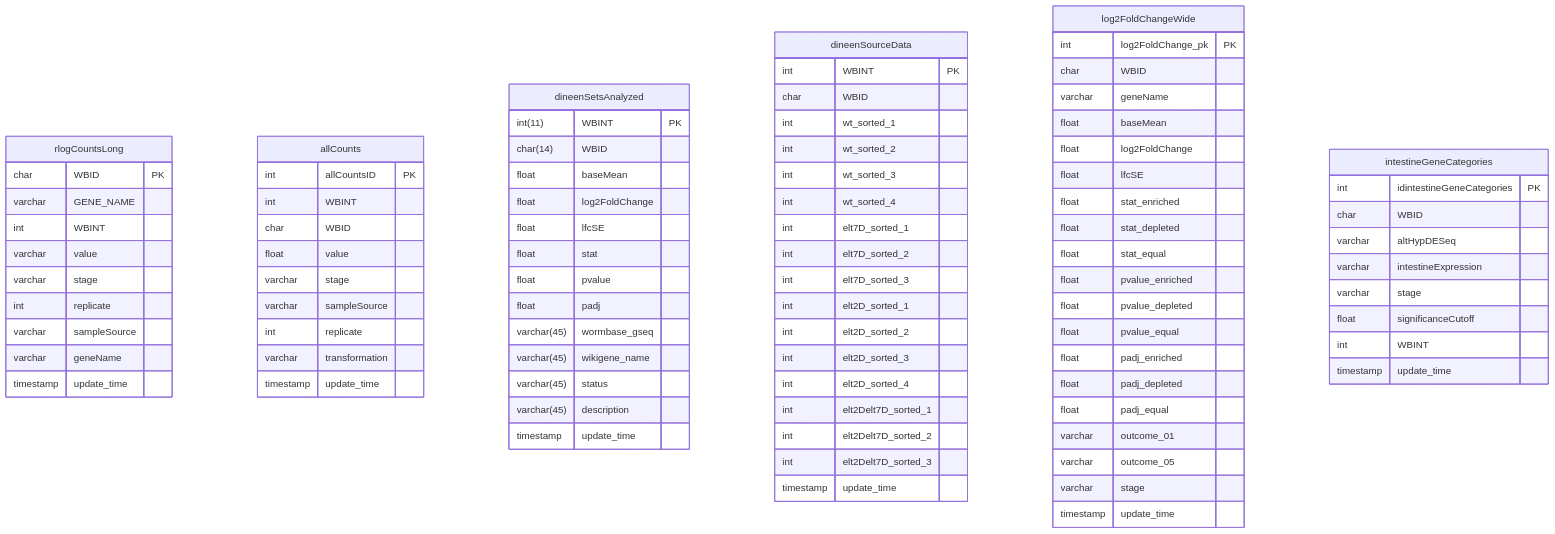
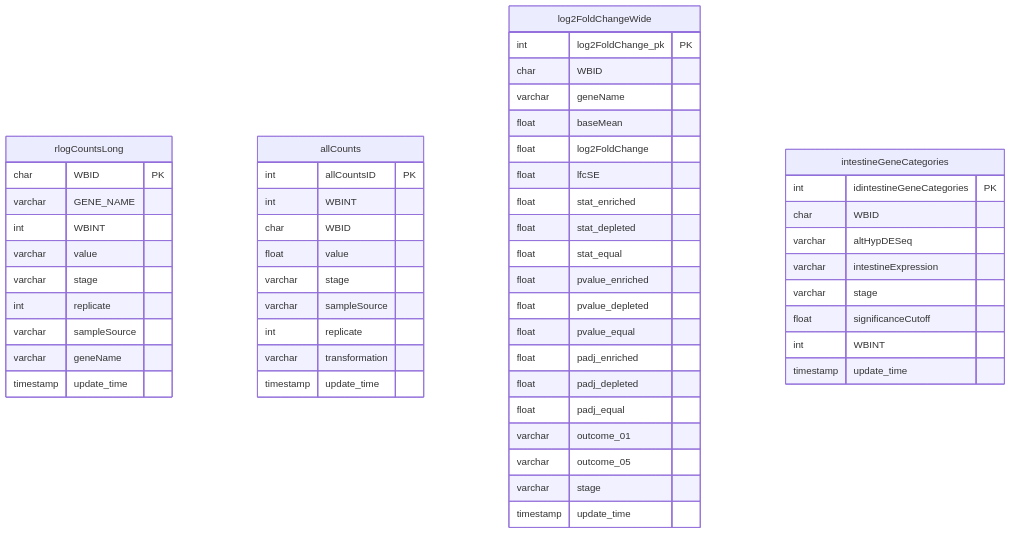
Before and after one commit to meekrob/OnishRDB: the first of 3 diagrams in README.md, drawn with Mermaid.

```diff
--- a/README.md
+++ b/README.md
@@ -118,41 +118,7 @@
 
 
 
-dineenSetsAnalyzed {
-  int(11) WBINT  PK
-  char(14) WBID
-  float baseMean 
-  float log2FoldChange 
-  float lfcSE 
-  float stat 
-  float pvalue 
-  float padj 
-  varchar(45) wormbase_gseq 
-  varchar(45) wikigene_name 
-  varchar(45) status 
-  varchar(45) description
-  timestamp update_time 
-}
 
-dineenSourceData {
-int WBINT PK
-char WBID 
-int wt_sorted_1 
-int wt_sorted_2 
-int wt_sorted_3 
-int wt_sorted_4 
-int elt7D_sorted_1 
-int elt7D_sorted_2 
-int elt7D_sorted_3 
-int elt2D_sorted_1 
-int elt2D_sorted_2 
-int elt2D_sorted_3 
-int elt2D_sorted_4 
-int elt2Delt7D_sorted_1 
-int elt2Delt7D_sorted_2 
-int elt2Delt7D_sorted_3 
-timestamp update_time
-}
 
 log2FoldChangeWide {
 int log2FoldChange_pk PK
```
